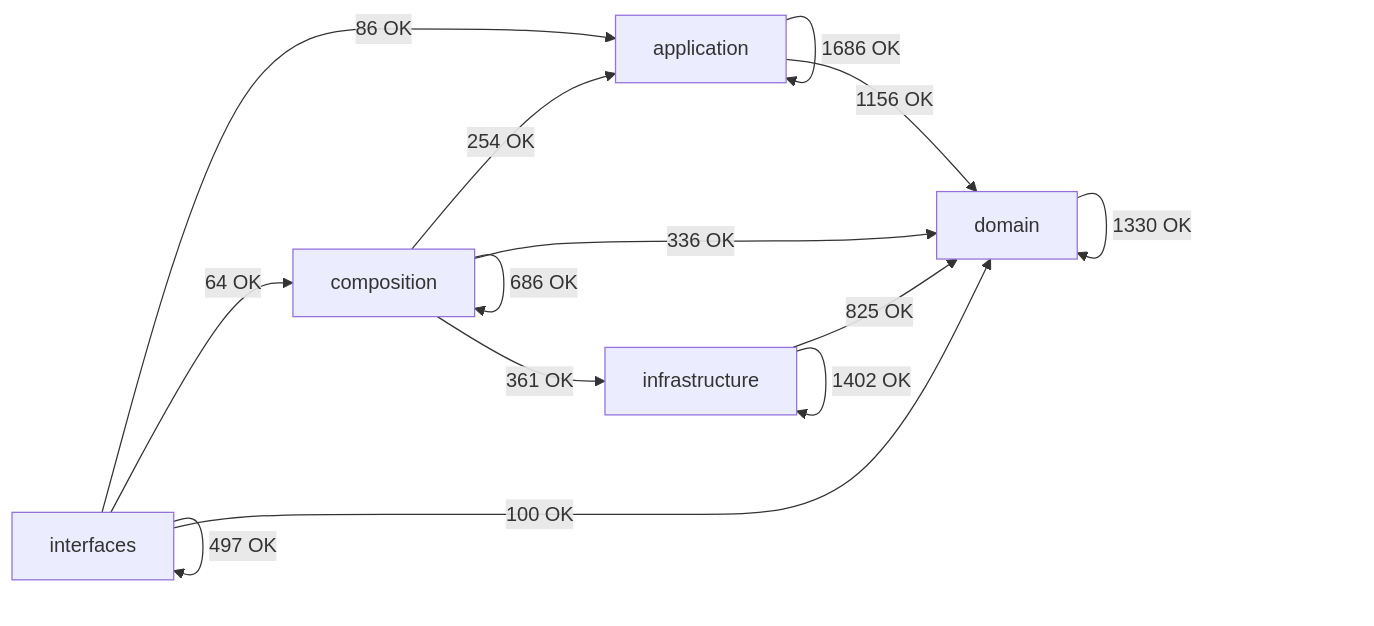
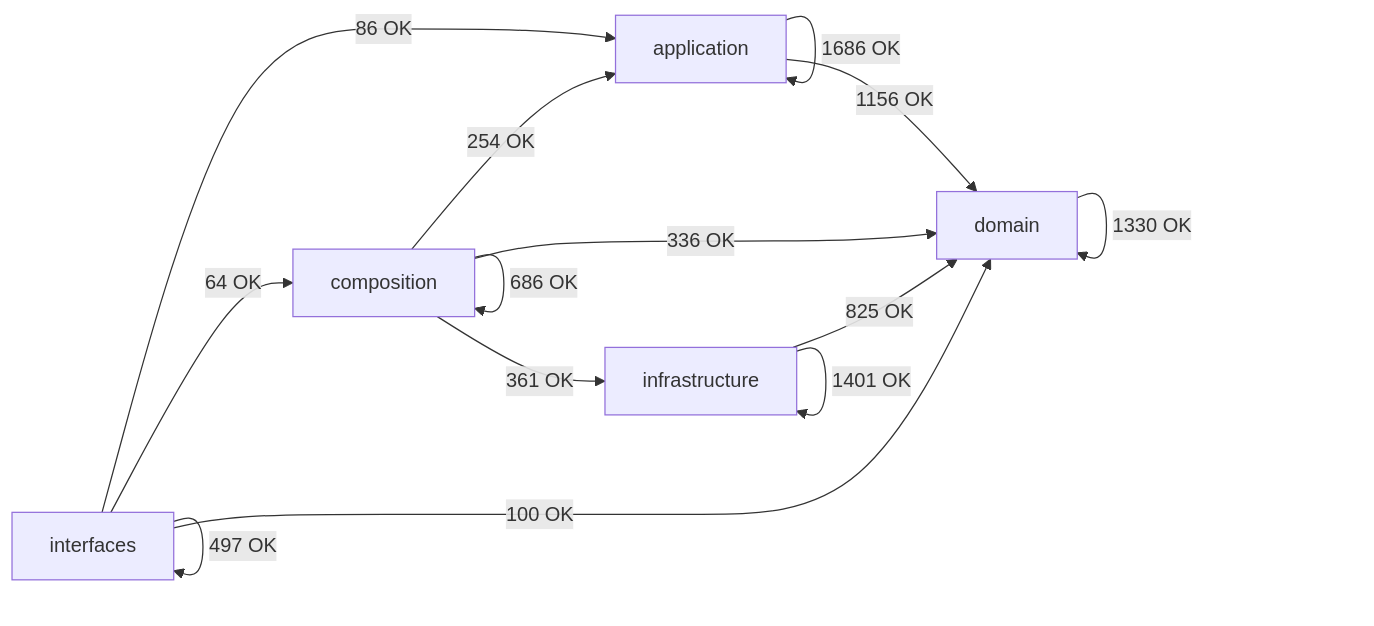
The diagram in docs/02-architecture/generated/module-dependency-map.md (SatoryKono/BioactivityDataAcquisition), drawn with Mermaid before and after one commit. The commit also changed other lines of this file and 15 other files, not shown here.

````diff
--- a/docs/02-architecture/generated/module-dependency-map.md
+++ b/docs/02-architecture/generated/module-dependency-map.md
@@ -17,21 +17,21 @@
 ```mermaid
 flowchart LR
     domain[domain]
     application[application]
     infrastructure[infrastructure]
     composition[composition]
     interfaces[interfaces]
     application -->|1686 OK| application
     application -->|1156 OK| domain
     composition -->|254 OK| application
     composition -->|686 OK| composition
     composition -->|336 OK| domain
     composition -->|361 OK| infrastructure
     domain -->|1330 OK| domain
     infrastructure -->|825 OK| domain
-    infrastructure -->|1402 OK| infrastructure
+    infrastructure -->|1401 OK| infrastructure
     interfaces -->|86 OK| application
     interfaces -->|64 OK| composition
     interfaces -->|100 OK| domain
     interfaces -->|497 OK| interfaces
 ```
````
